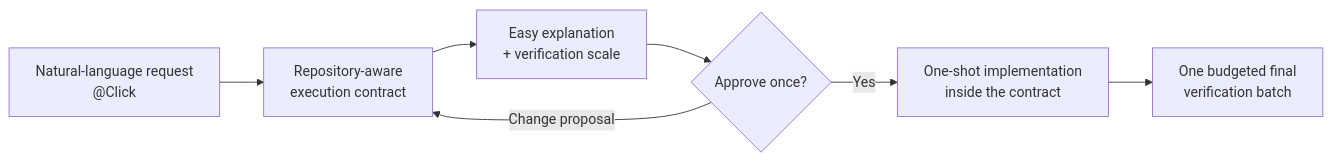
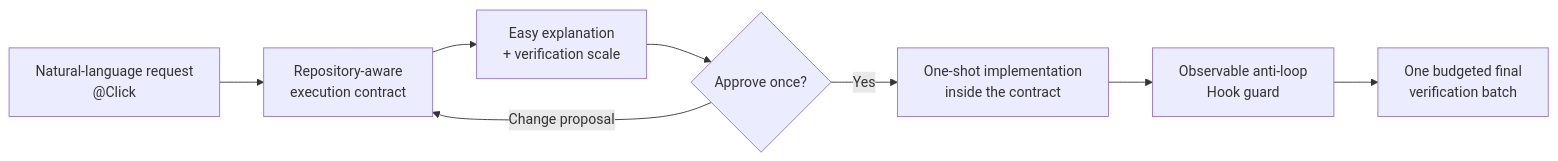
Before and after one commit to grapefruit0205/build-brief: the diagram in README.md, drawn with Mermaid. The commit also changed other lines of this file and 9 other files, not shown here.

````diff
--- a/README.md
+++ b/README.md
@@ -22,9 +22,10 @@
 ```mermaid
 flowchart LR
     A["Natural-language request<br/>@Click"] --> B["Repository-aware<br/>execution contract"]
     B --> C["Easy explanation<br/>+ verification scale"]
     C --> D{"Approve once?"}
     D -->|Yes| E["One-shot implementation<br/>inside the contract"]
-    E --> F["One budgeted final<br/>verification batch"]
+    E --> G["Observable anti-loop<br/>Hook guard"]
+    G --> F["One budgeted final<br/>verification batch"]
     D -->|Change proposal| B
 ```
````
